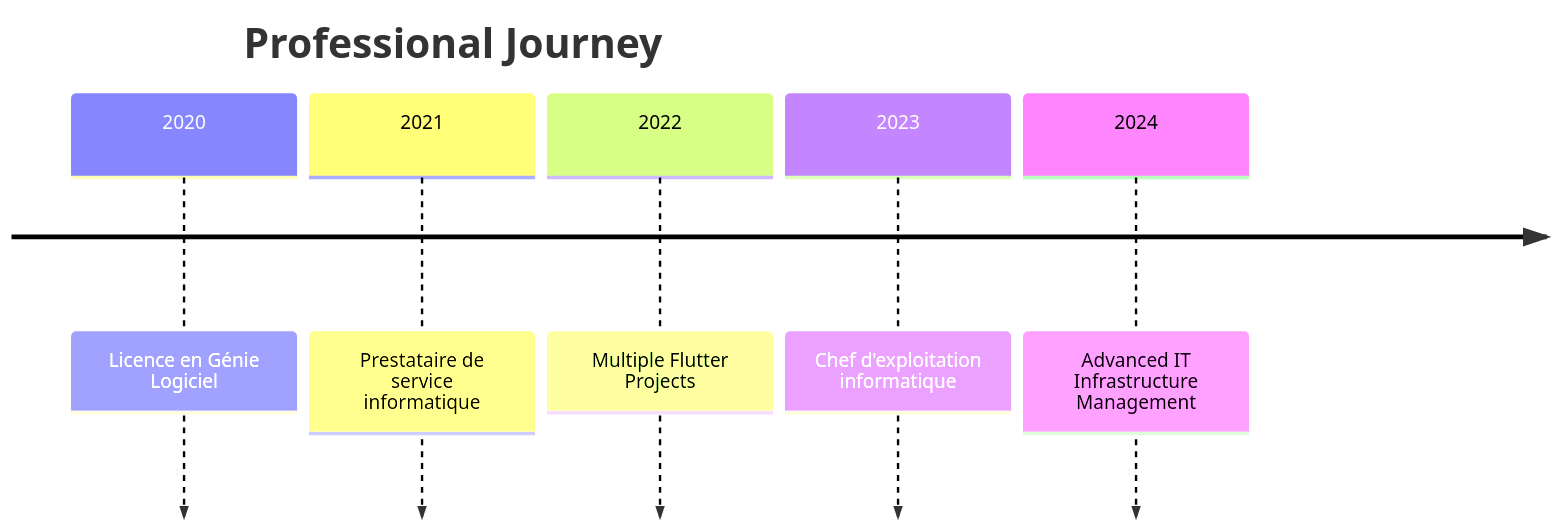
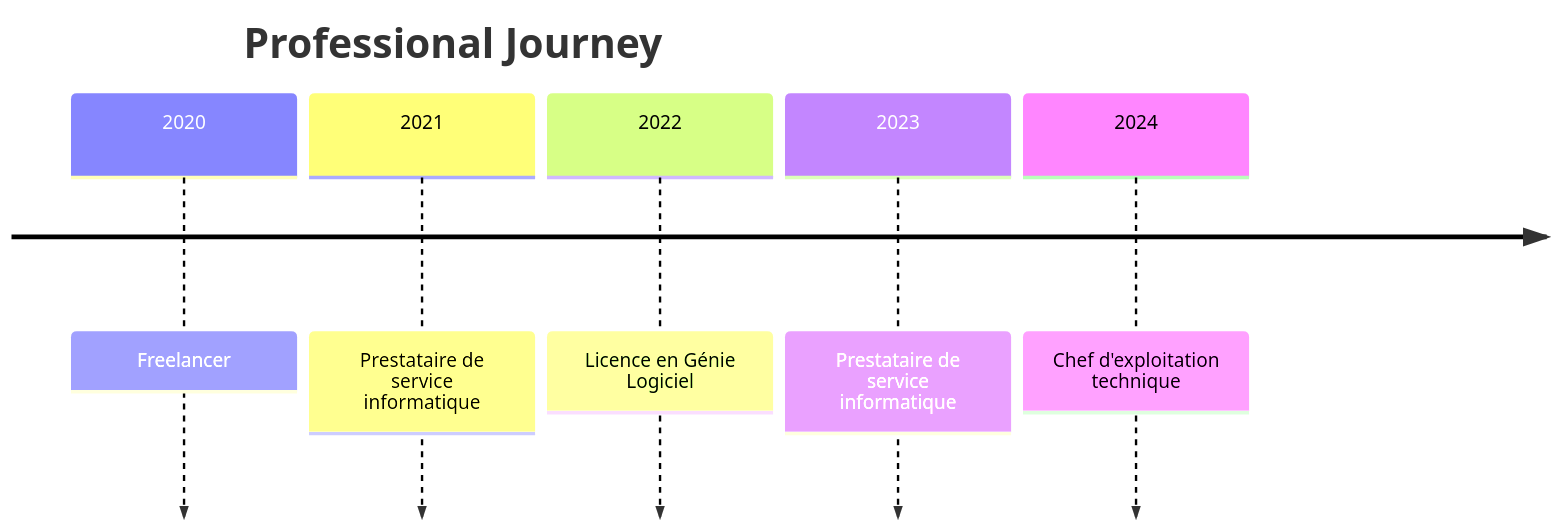
Before and after one commit to MikeCHOKKI/MikeCHOKKI: the second of 2 diagrams in README.md, drawn with Mermaid.

Commit message:
Modification de la timeline

````diff
--- a/README.md
+++ b/README.md
@@ -315,9 +315,9 @@
 ```mermaid
 timeline
     title Professional Journey
-    2020    : Licence en Génie Logiciel
+    2020    : Freelancer
     2021    : Prestataire de service informatique
-    2022    : Multiple Flutter Projects
-    2023    : Chef d'exploitation informatique
-    2024    : Advanced IT Infrastructure Management
+    2022    : Licence en Génie Logiciel
+    2023    : Prestataire de service informatique
+    2024    : Chef d'exploitation technique
 ```
````
